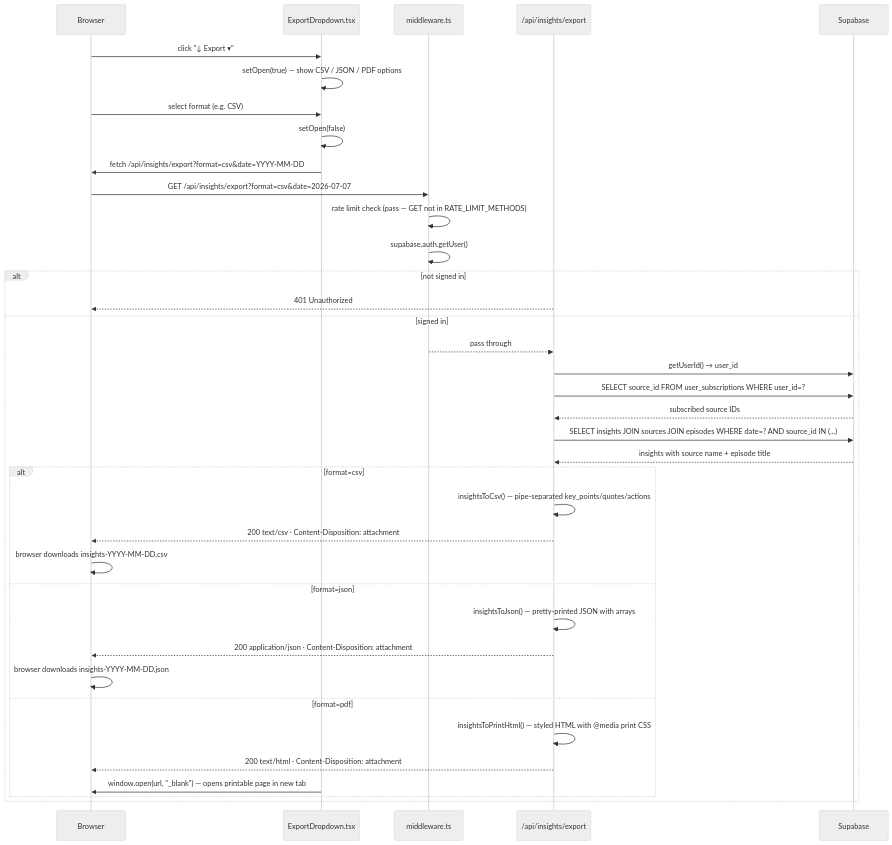
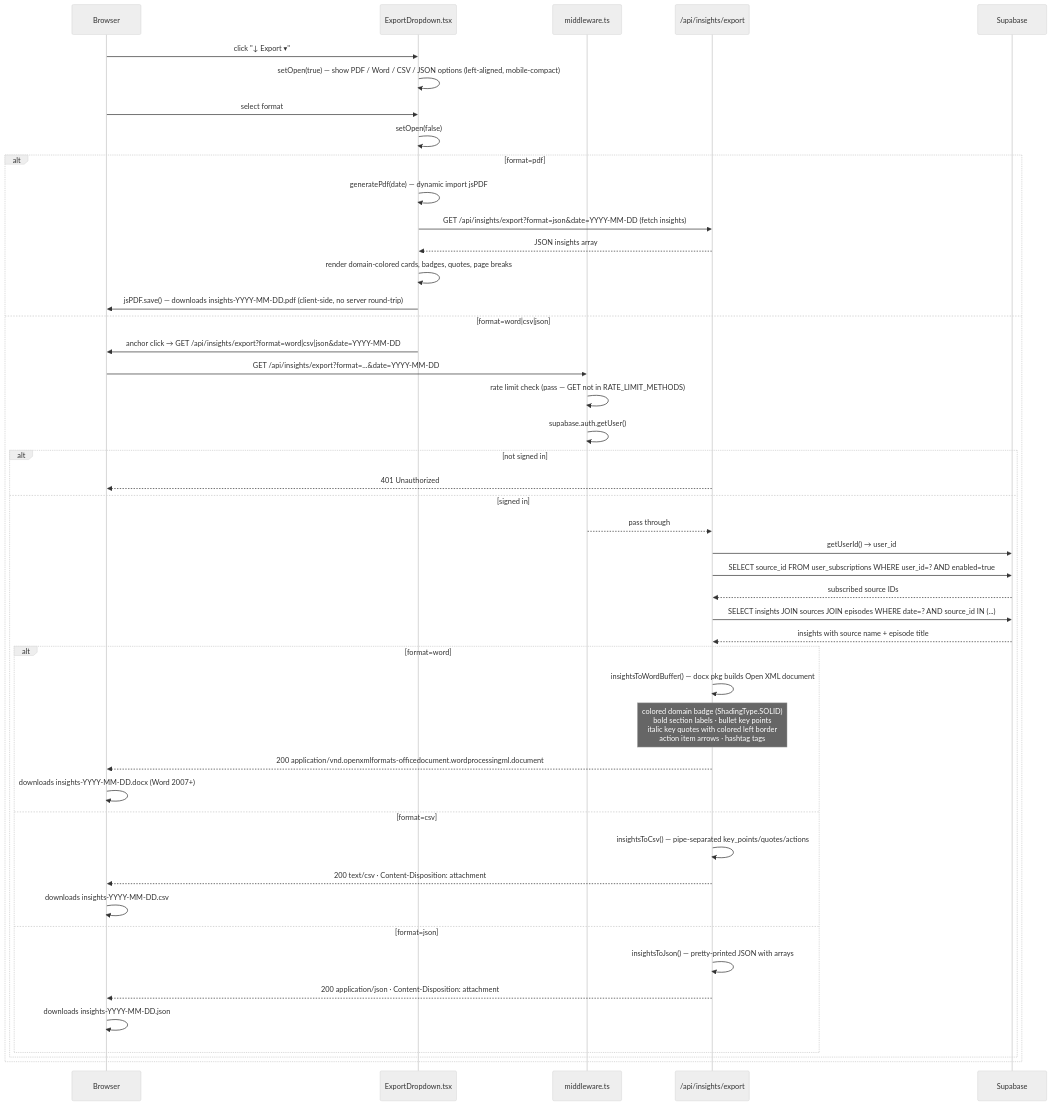
One commit to vtghub/PodcastsSummarizer changed diagram 17 of 25 in docs/request-workflow.md. Above: the diagram before and after it, drawn with Mermaid (neutral theme). The commit also changed other lines of this file and 1 other file, not shown here.

Commit message:
docs: update export docs post-PR #250 #251
- README: updated insights/export route comment (added word format), ExportDropdown
  description (PDF/Word/CSV/JSON order, mobile note), Dashboard Features Export row
  (Word .docx details, new format order, mobile dropdown note)
- request-workflow.md diagram 17: updated title and flow to reflect 4 formats,
  PDF client-side path vs server path for Word/CSV/JSON, Word docx generation details

````diff
--- a/docs/request-workflow.md
+++ b/docs/request-workflow.md
@@ -591,42 +591,53 @@
 ```mermaid
 sequenceDiagram
     participant B as Browser
     participant DD as ExportDropdown.tsx
     participant MW as middleware.ts
     participant API as /api/insights/export
     participant DB as Supabase
 
     B->>DD: click "↓ Export ▾"
-    DD->>DD: setOpen(true) — show CSV / JSON / PDF options
+    DD->>DD: setOpen(true) — show PDF / Word / CSV / JSON options (left-aligned, mobile-compact)
 
-    B->>DD: select format (e.g. CSV)
+    B->>DD: select format
     DD->>DD: setOpen(false)
-    DD->>B: fetch /api/insights/export?format=csv&date=YYYY-MM-DD
 
-    B->>MW: GET /api/insights/export?format=csv&date=2026-07-07
-    MW->>MW: rate limit check (pass — GET not in RATE_LIMIT_METHODS)
-    MW->>MW: supabase.auth.getUser()
-    alt not signed in
-        API-->>B: 401 Unauthorized
-    else signed in
-        MW-->>API: pass through
-        API->>DB: getUserId() → user_id
-        API->>DB: SELECT source_id FROM user_subscriptions WHERE user_id=?
-        DB-->>API: subscribed source IDs
-        API->>DB: SELECT insights JOIN sources JOIN episodes WHERE date=? AND source_id IN (...)
-        DB-->>API: insights with source name + episode title
-        alt format=csv
-            API->>API: insightsToCsv() — pipe-separated key_points/quotes/actions
-            API-->>B: 200 text/csv · Content-Disposition: attachment
-            B->>B: browser downloads insights-YYYY-MM-DD.csv
-        else format=json
-            API->>API: insightsToJson() — pretty-printed JSON with arrays
-            API-->>B: 200 application/json · Content-Disposition: attachment
-            B->>B: browser downloads insights-YYYY-MM-DD.json
-        else format=pdf
-            API->>API: insightsToPrintHtml() — styled HTML with @media print CSS
-            API-->>B: 200 text/html · Content-Disposition: attachment
-            DD->>B: window.open(url, "_blank") — opens printable page in new tab
+    alt format=pdf
+        DD->>DD: generatePdf(date) — dynamic import jsPDF
+        DD->>API: GET /api/insights/export?format=json&date=YYYY-MM-DD (fetch insights)
+        API-->>DD: JSON insights array
+        DD->>DD: render domain-colored cards, badges, quotes, page breaks
+        DD->>B: jsPDF.save() — downloads insights-YYYY-MM-DD.pdf (client-side, no server round-trip)
+    else format=word|csv|json
+        DD->>B: anchor click → GET /api/insights/export?format=word|csv|json&date=YYYY-MM-DD
+
+        B->>MW: GET /api/insights/export?format=...&date=YYYY-MM-DD
+        MW->>MW: rate limit check (pass — GET not in RATE_LIMIT_METHODS)
+        MW->>MW: supabase.auth.getUser()
+        alt not signed in
+            API-->>B: 401 Unauthorized
+        else signed in
+            MW-->>API: pass through
+            API->>DB: getUserId() → user_id
+            API->>DB: SELECT source_id FROM user_subscriptions WHERE user_id=? AND enabled=true
+            DB-->>API: subscribed source IDs
+            API->>DB: SELECT insights JOIN sources JOIN episodes WHERE date=? AND source_id IN (...)
+            DB-->>API: insights with source name + episode title
+
+            alt format=word
+                API->>API: insightsToWordBuffer() — docx pkg builds Open XML document
+                Note over API: colored domain badge (ShadingType.SOLID)<br/>bold section labels · bullet key points<br/>italic key quotes with colored left border<br/>action item arrows · hashtag tags
+                API-->>B: 200 application/vnd.openxmlformats-officedocument.wordprocessingml.document
+                B->>B: downloads insights-YYYY-MM-DD.docx (Word 2007+)
+            else format=csv
+                API->>API: insightsToCsv() — pipe-separated key_points/quotes/actions
+                API-->>B: 200 text/csv · Content-Disposition: attachment
+                B->>B: downloads insights-YYYY-MM-DD.csv
+            else format=json
+                API->>API: insightsToJson() — pretty-printed JSON with arrays
+                API-->>B: 200 application/json · Content-Disposition: attachment
+                B->>B: downloads insights-YYYY-MM-DD.json
+            end
         end
     end
 ```
````
